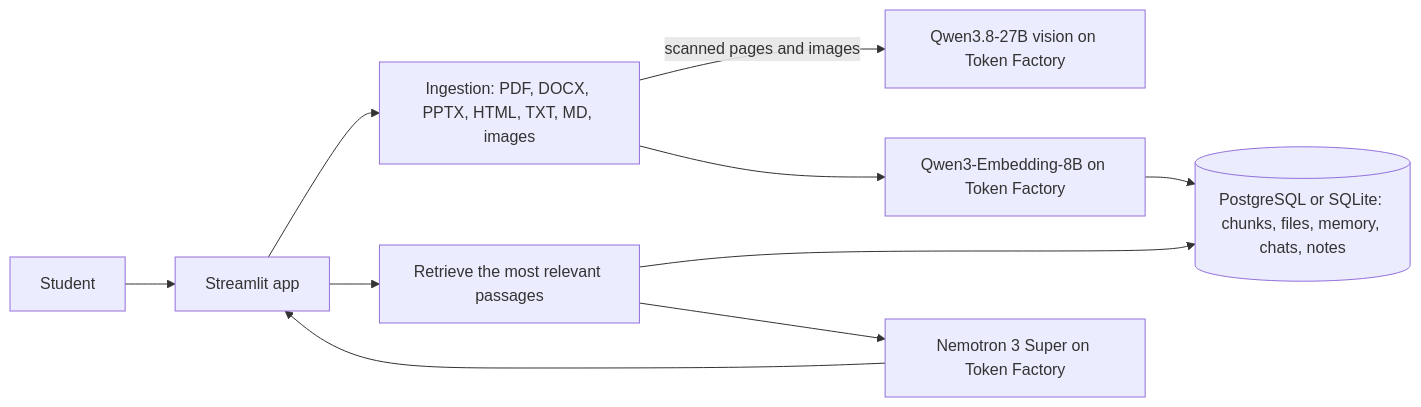
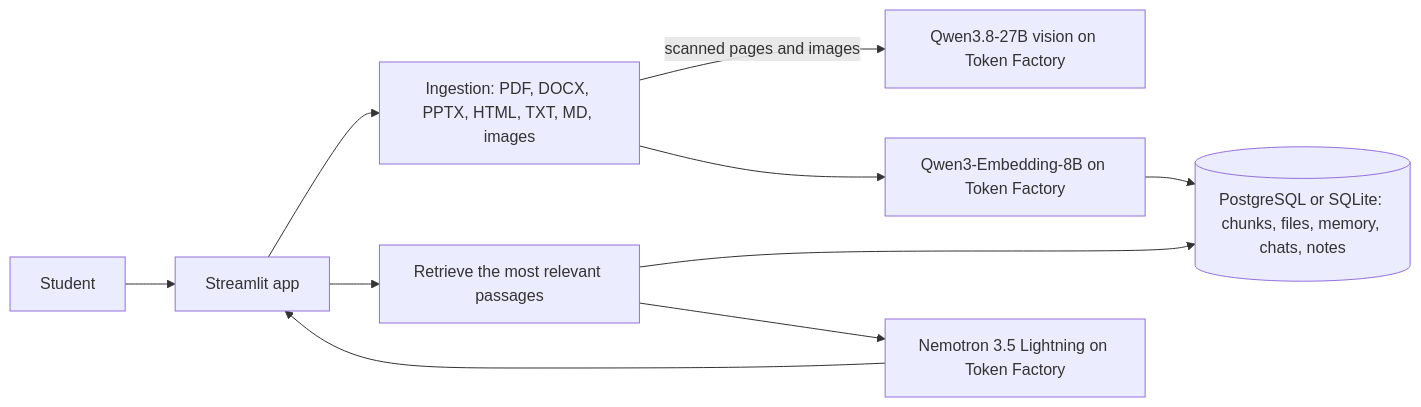
One commit to Raven-murder/Corvium changed the diagram in README.md. Above: the diagram before and after it, drawn with Mermaid. The commit also changed other lines of this file and 1 other file, not shown here.

Commit message:
Switch to Nemotron 3.5 Lightning and update Corvium docs

````diff
--- a/README.md
+++ b/README.md
@@ -145,12 +145,12 @@
 ```mermaid
 flowchart LR
   U["Student"] --> UI["Streamlit app"]
   UI --> ING["Ingestion: PDF, DOCX, PPTX, HTML, TXT, MD, images"]
   ING -->|"scanned pages and images"| OCR["Qwen3.8-27B vision on Token Factory"]
   ING --> EMB["Qwen3-Embedding-8B on Token Factory"]
   EMB --> DB[("PostgreSQL or SQLite: chunks, files, memory, chats, notes")]
   UI --> RET["Retrieve the most relevant passages"]
   RET --> DB
-  RET --> LLM["Nemotron 3 Super on Token Factory"]
+  RET --> LLM["Nemotron 3.5 Lightning on Token Factory"]
   LLM --> UI
 ```
````
